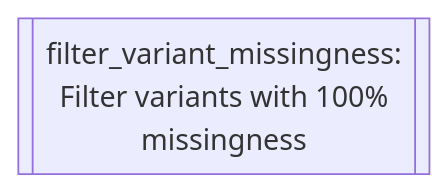
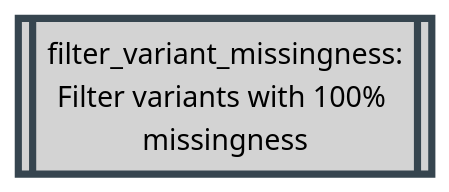
Before and after one commit to Tuks-ICMM/Pharmacogenetic-Analysis-Pipeline: diagram 14 of 34 in docs/02-workflow/02-methodology-summary.md, drawn with Mermaid. The commit also changed other lines of this file, not shown here.

````diff
--- a/docs/02-workflow/02-methodology-summary.md
+++ b/docs/02-workflow/02-methodology-summary.md
@@ -672,4 +785,8 @@
   ```mermaid
   flowchart TD
-    filter_variant_missingness[[filter_variant_missingness:\nFilter variants with 100%\nmissingness]]
+    classDef plink stroke:#36454F,fill:#D3D3D3,stroke-width:4px,color:black;
+
+    filter_variant_missingness[[filter_variant_missingness:
+Filter variants with 100% missingness]]
+class filter_variant_missingness plink;
   ```
````
